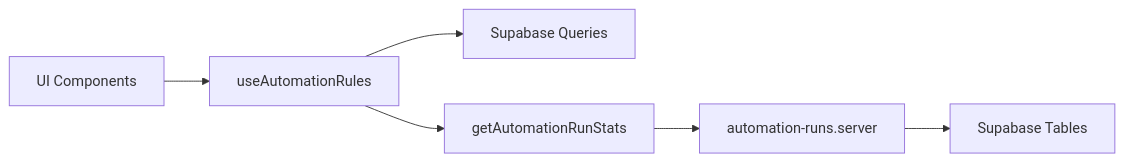
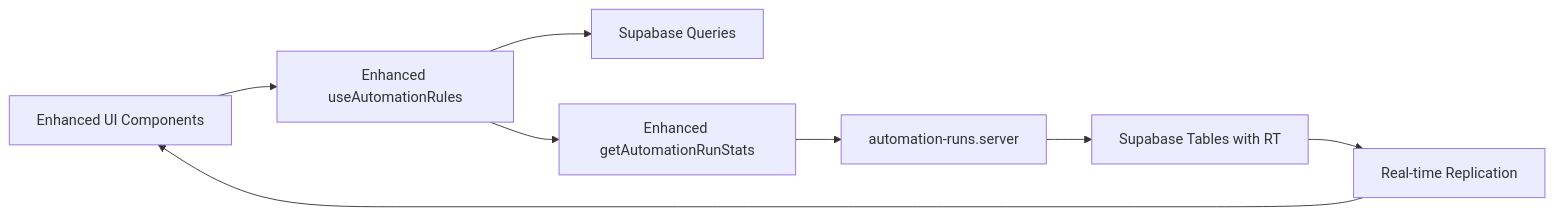
Before and after one commit to gastaldellomarco/pcReady: the fifth of 5 diagrams in .qoder/repowiki/en/content/Automation System/Automation KPIs and Dashboard.md, drawn with Mermaid. The commit also changed other lines of this file and 19 other files, not shown here.

First line of the commit message:
feat(automation): enhance Automation Flow Builder with dual-mode design and advanced UI

````diff
--- a/.qoder/repowiki/en/content/Automation System/Automation KPIs and Dashboard.md
+++ b/.qoder/repowiki/en/content/Automation System/Automation KPIs and Dashboard.md
@@ -248,8 +388,10 @@
 ```mermaid
 graph LR
-UI["UI Components"] --> Hook["useAutomationRules"]
+UI["Enhanced UI Components"] --> Hook["Enhanced useAutomationRules"]
 Hook --> Queries["Supabase Queries"]
-Hook --> ServerFn["getAutomationRunStats"]
+Hook --> ServerFn["Enhanced getAutomationRunStats"]
 ServerFn --> ServerModule["automation-runs.server"]
-ServerModule --> DB["Supabase Tables"]
+ServerModule --> DB["Supabase Tables with RT"]
+DB --> Realtime["Real-time Replication"]
+Realtime --> UI
 ```
````
